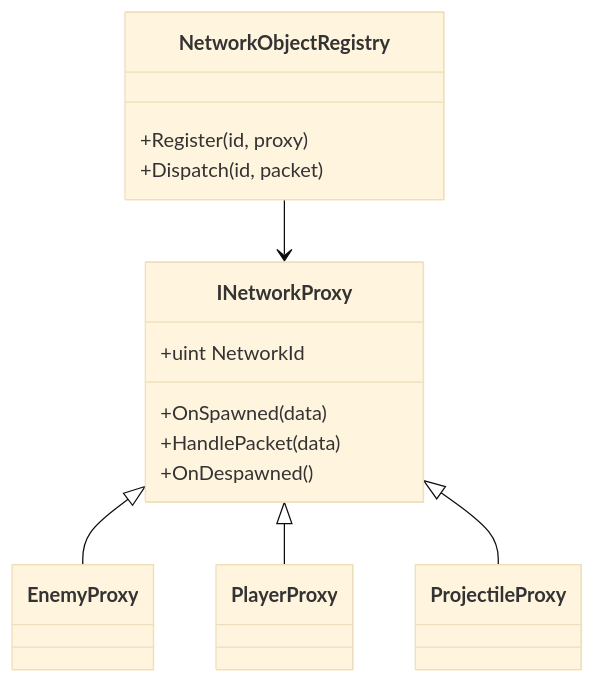
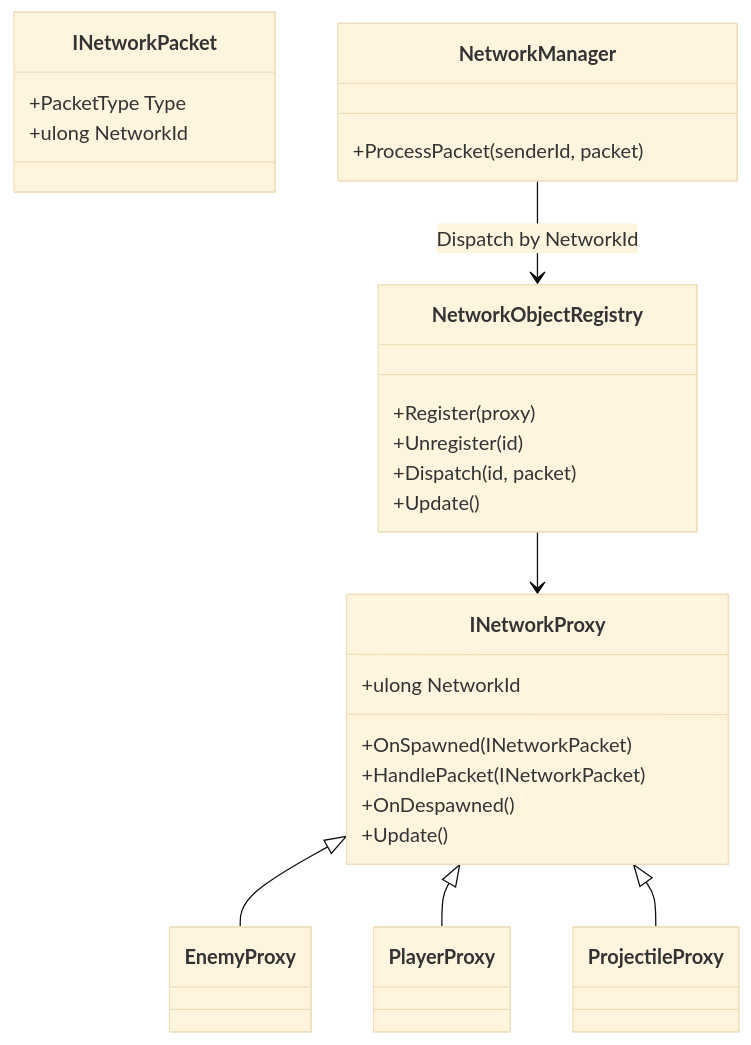
One commit to IsmaelDamasceno/GungeonTogether changed the fifth of 6 diagrams in ARCHITECTURE.md. Above: the diagram before and after it, drawn with Mermaid (base theme). The commit also changed other lines of this file and 6 other files, not shown here.

````diff
--- a/ARCHITECTURE.md
+++ b/ARCHITECTURE.md
@@ -102,21 +102,32 @@
 ```mermaid
 classDiagram
+    class INetworkPacket {
+        +PacketType Type
+        +ulong NetworkId
+    }
     class INetworkProxy {
-        +uint NetworkId
-        +OnSpawned(data)
-        +HandlePacket(data)
+        +ulong NetworkId
+        +OnSpawned(INetworkPacket)
+        +HandlePacket(INetworkPacket)
         +OnDespawned()
+        +Update()
     }
     class EnemyProxy
     class PlayerProxy
     class ProjectileProxy
     class NetworkObjectRegistry {
-        +Register(id, proxy)
+        +Register(proxy)
+        +Unregister(id)
         +Dispatch(id, packet)
+        +Update()
+    }
+    class NetworkManager {
+        +ProcessPacket(senderId, packet)
     }
 
     INetworkProxy <|-- EnemyProxy
     INetworkProxy <|-- PlayerProxy
     INetworkProxy <|-- ProjectileProxy
     NetworkObjectRegistry --> INetworkProxy
+    NetworkManager --> NetworkObjectRegistry : Dispatch by NetworkId
 ```
````
